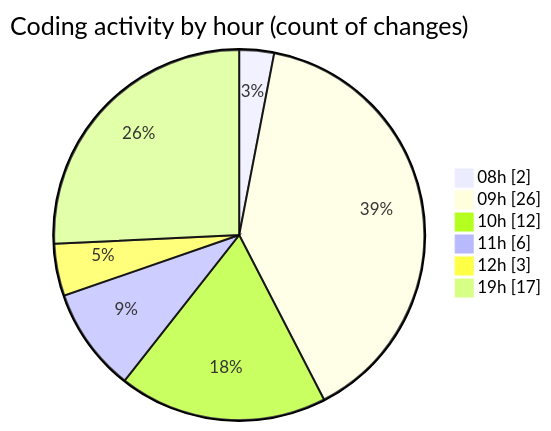
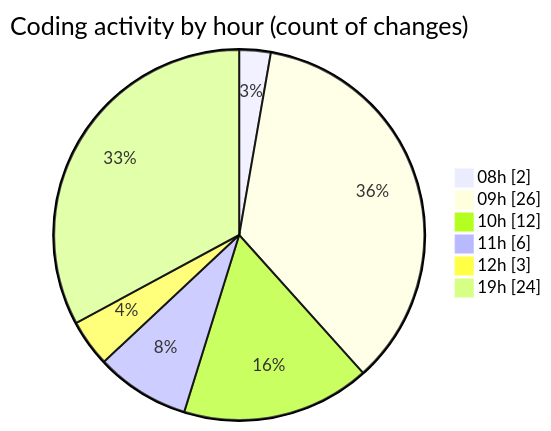
One commit to Elitesun/code-tracking changed the second of 2 diagrams in 2025-05-20/niten/README.md. Above: the diagram before and after it, drawn with Mermaid. The commit also changed other lines of this file and 1 other file, not shown here.

````diff
--- a/2025-05-20/niten/README.md
+++ b/2025-05-20/niten/README.md
@@ -56,10 +61,10 @@
 ```mermaid
 pie showData
 title Coding activity by hour (count of changes)
 "08h" : 2
 "09h" : 26
 "10h" : 12
 "11h" : 6
 "12h" : 3
-"19h" : 17
+"19h" : 24
 ```
````
